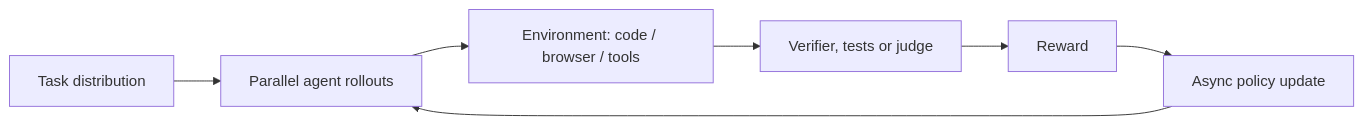
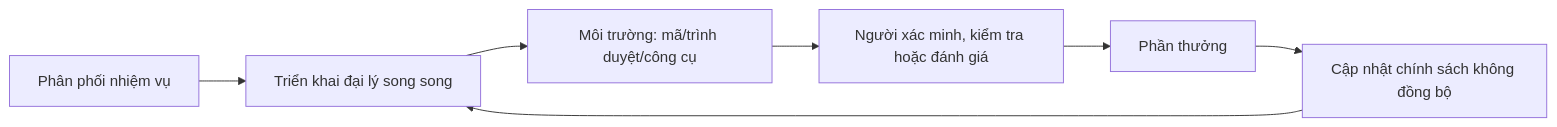
Before and after one commit to cycler04/VinRobotics-VLA: the second of 2 diagrams in docs/research_finding/01-gwen/qwen_models/Qwen3.6/training_stages.md, drawn with Mermaid. The commit also changed other lines of this file and 24 other files, not shown here.

````diff
--- a/docs/research_finding/01-gwen/qwen_models/Qwen3.6/training_stages.md
+++ b/docs/research_finding/01-gwen/qwen_models/Qwen3.6/training_stages.md
@@ -78,9 +78,9 @@
 ```mermaid
 flowchart LR
-  P[Task distribution] --> R[Parallel agent rollouts]
-  R --> E[Environment: code / browser / tools]
-  E --> V[Verifier, tests or judge]
-  V --> W[Reward]
-  W --> U[Async policy update]
+  P[Phân phối nhiệm vụ] --> R[Triển khai đại lý song song]
+  R --> E[Môi trường: mã/trình duyệt/công cụ]
+  E --> V[Người xác minh, kiểm tra hoặc đánh giá]
+  V --> W[Phần thưởng]
+  W --> U[Cập nhật chính sách không đồng bộ]
   U --> R
 ```
````
